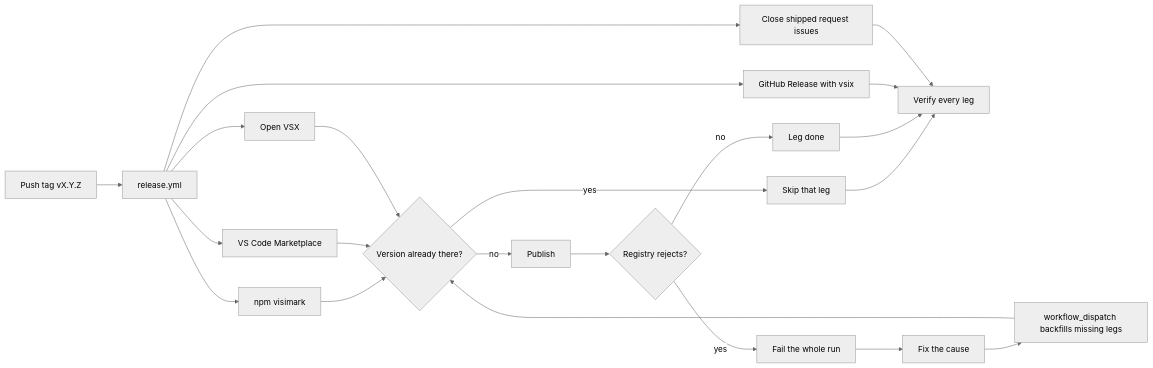
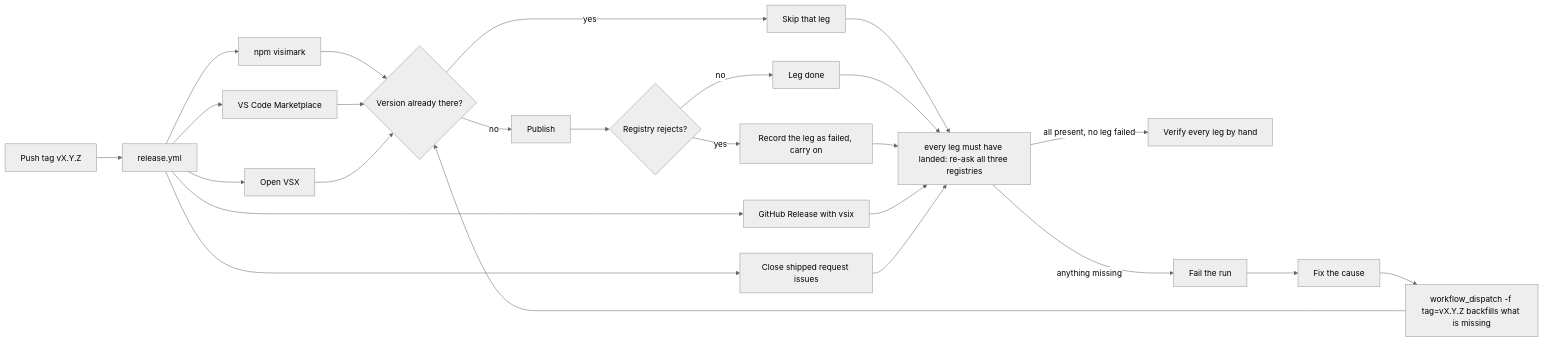
The first of 2 diagrams in docs/releasing.md (michal-niedzwiedzki/visimark), drawn with Mermaid (neutral theme) before and after one commit. The commit also changed other lines of this file and 1 other file, not shown here.

````diff
--- a/docs/releasing.md
+++ b/docs/releasing.md
@@ -31,24 +42,27 @@
 ```mermaid
 flowchart LR
   tag[Push tag vX.Y.Z] --> run[release.yml]
   run --> npm[npm visimark]
   run --> vsce[VS Code Marketplace]
   run --> ovsx[Open VSX]
   run --> ghrel[GitHub Release with vsix]
   run --> closeIss[Close shipped request issues]
   npm --> present{"Version already there?"}
   vsce --> present
   ovsx --> present
   present -->|yes| skip[Skip that leg]
   present -->|no| pub[Publish]
   pub --> rejected{"Registry rejects?"}
-  rejected -->|yes| fail[Fail the whole run]
+  rejected -->|yes| legfail[Record the leg as failed, carry on]
   rejected -->|no| ok[Leg done]
-  skip --> verify[Verify every leg]
-  ok --> verify
-  ghrel --> verify
-  closeIss --> verify
+  skip --> gate["every leg must have landed: re-ask all three registries"]
+  ok --> gate
+  legfail --> gate
+  ghrel --> gate
+  closeIss --> gate
+  gate -->|all present, no leg failed| verify[Verify every leg by hand]
+  gate -->|anything missing| fail[Fail the run]
   fail --> fix[Fix the cause]
-  fix --> dispatch["workflow_dispatch backfills missing legs"]
+  fix --> dispatch["workflow_dispatch -f tag=vX.Y.Z backfills what is missing"]
   dispatch --> present
 ```
````
